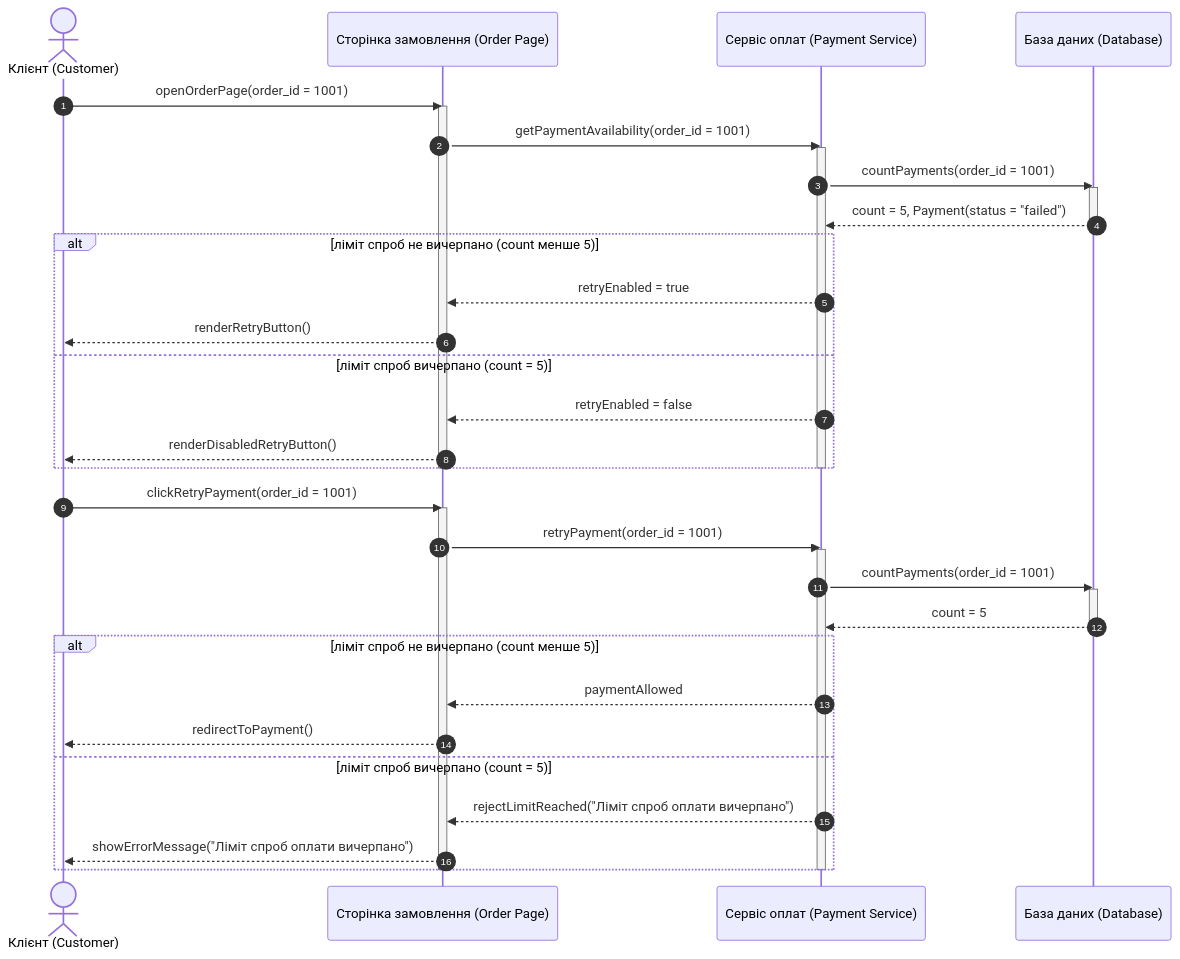
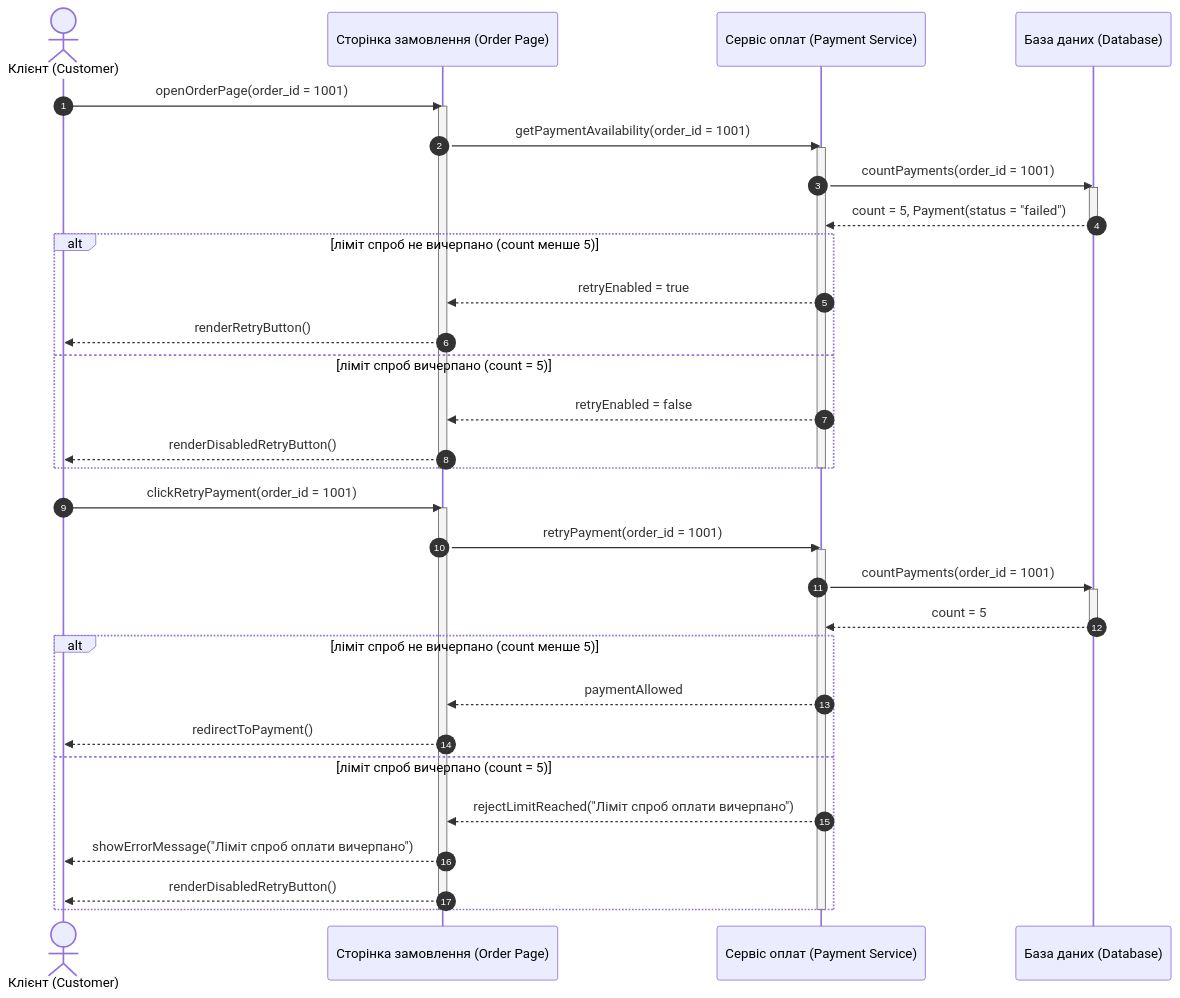
The fourth of 15 diagrams in Lab3/diagram.md (hutnichs/KPI_MAVPZ), drawn with Mermaid before and after one commit. The commit also changed other lines of this file, not shown here.

````diff
--- a/Lab3/diagram.md
+++ b/Lab3/diagram.md
@@ -140,44 +140,45 @@
 ```mermaid
 sequenceDiagram
     autonumber
     actor Customer as Клієнт (Customer)
     participant Page as Сторінка замовлення (Order Page)
     participant PS as Сервіс оплат (Payment Service)
     participant DB as База даних (Database)
 
     Customer->>Page: openOrderPage(order_id = 1001)
     activate Page
     Page->>PS: getPaymentAvailability(order_id = 1001)
     activate PS
     PS->>DB: countPayments(order_id = 1001)
     activate DB
     DB-->>PS: count = 5, Payment(status = "failed")
     deactivate DB
     alt ліміт спроб не вичерпано (count менше 5)
         PS-->>Page: retryEnabled = true
         Page-->>Customer: renderRetryButton()
     else ліміт спроб вичерпано (count = 5)
         PS-->>Page: retryEnabled = false
         Page-->>Customer: renderDisabledRetryButton()
     end
     deactivate PS
     deactivate Page
 
     Customer->>Page: clickRetryPayment(order_id = 1001)
     activate Page
     Page->>PS: retryPayment(order_id = 1001)
     activate PS
     PS->>DB: countPayments(order_id = 1001)
     activate DB
     DB-->>PS: count = 5
     deactivate DB
     alt ліміт спроб не вичерпано (count менше 5)
         PS-->>Page: paymentAllowed
         Page-->>Customer: redirectToPayment()
     else ліміт спроб вичерпано (count = 5)
         PS-->>Page: rejectLimitReached("Ліміт спроб оплати вичерпано")
         Page-->>Customer: showErrorMessage("Ліміт спроб оплати вичерпано")
+        Page-->>Customer: renderDisabledRetryButton()
     end
     deactivate PS
     deactivate Page
 ```
````
